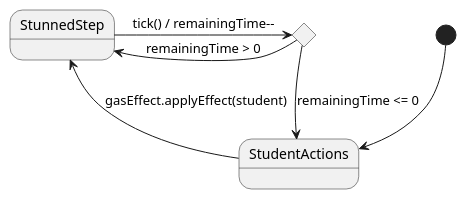
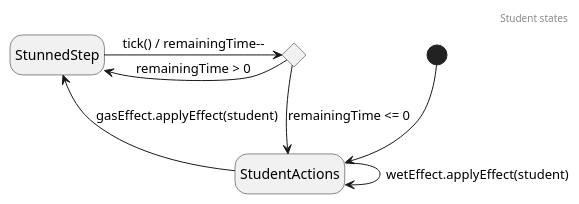
Before and after one commit to Kristof-me/Logarlec: the diagram in docs/state/StudentState.puml, drawn with PlantUML. The commit also changed 48 other files, not shown here.

```diff
--- a/docs/state/StudentState.puml
+++ b/docs/state/StudentState.puml
@@ -1,10 +1,13 @@
-@startuml
+@startuml StudentState
+header Student states
+hide empty description
 
 [*] --> StudentActions
 
 StudentActions --> StunnedStep : gasEffect.applyEffect(student)
+StudentActions --> StudentActions : wetEffect.applyEffect(student)
 state c <<choice>>
 StunnedStep -> c : tick() / remainingTime--
 c -> StunnedStep : remainingTime > 0
 c -> StudentActions : remainingTime <= 0
 @enduml
```
